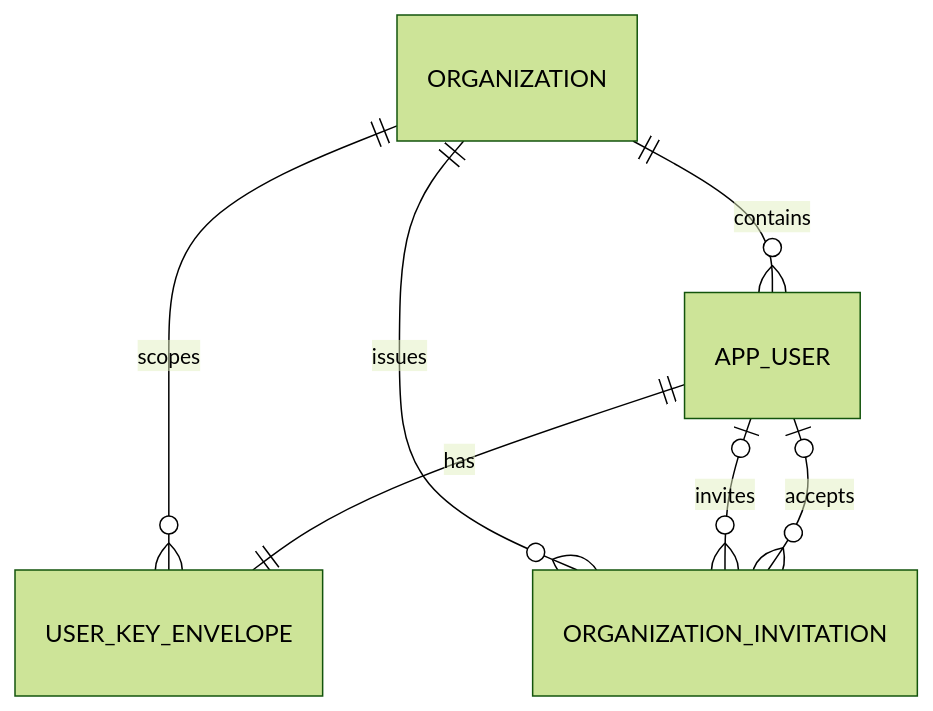
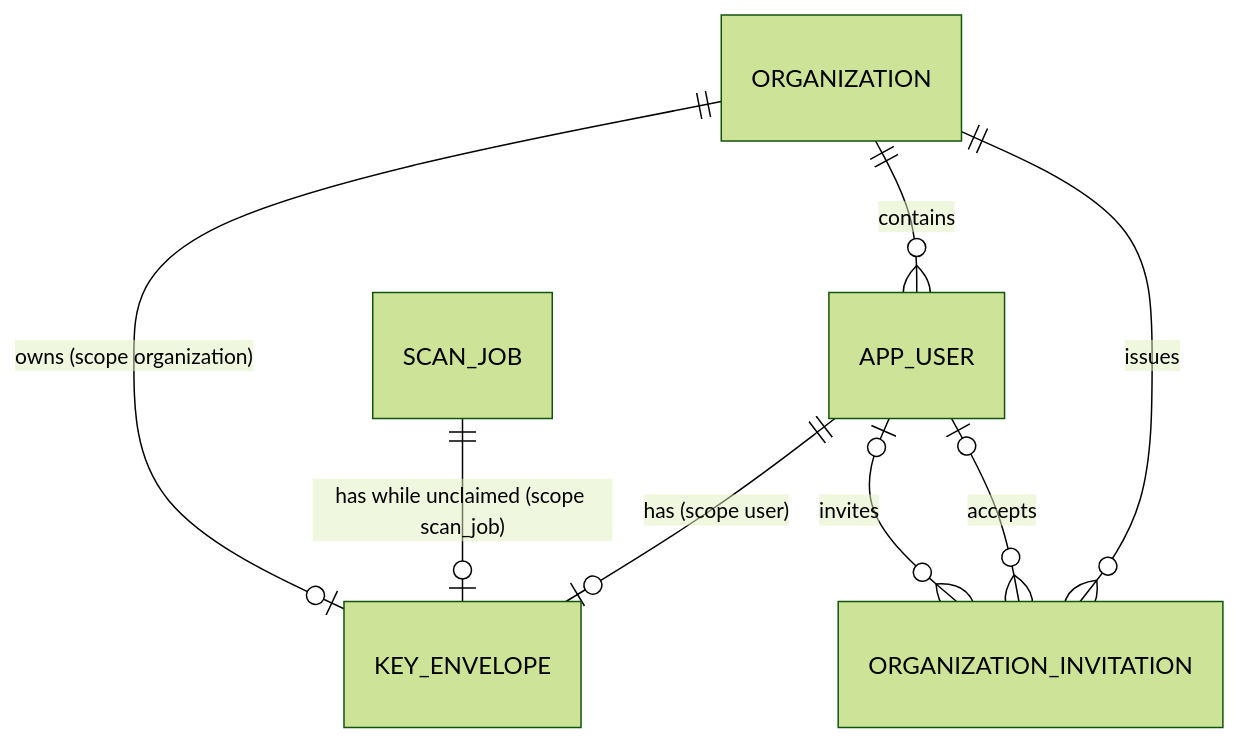
The first of 10 diagrams in docs/reference/data-model-v4_0_1.md (NC3-TestingPlatform/testing-platform-backend), drawn with Mermaid (forest theme) before and after one commit. The commit also changed other lines of this file, not shown here.

Commit message:
docs(data-model): generalize the key envelope to organization, user, and scan-job scopes (IDR-017)

````diff
--- a/docs/reference/data-model-v4_0_1.md
+++ b/docs/reference/data-model-v4_0_1.md
@@ -191,9 +203,10 @@
 ```mermaid
 erDiagram
+    ORGANIZATION ||--o| KEY_ENVELOPE: "owns (scope organization)"
     ORGANIZATION ||--o{ APP_USER: contains
-    ORGANIZATION ||--o{ USER_KEY_ENVELOPE: scopes
-    APP_USER ||--|| USER_KEY_ENVELOPE: has
+    APP_USER ||--o| KEY_ENVELOPE: "has (scope user)"
+    SCAN_JOB ||--o| KEY_ENVELOPE: "has while unclaimed (scope scan_job)"
     ORGANIZATION ||--o{ ORGANIZATION_INVITATION: issues
     APP_USER o|--o{ ORGANIZATION_INVITATION: invites
     APP_USER o|--o{ ORGANIZATION_INVITATION: accepts
 ```
````
